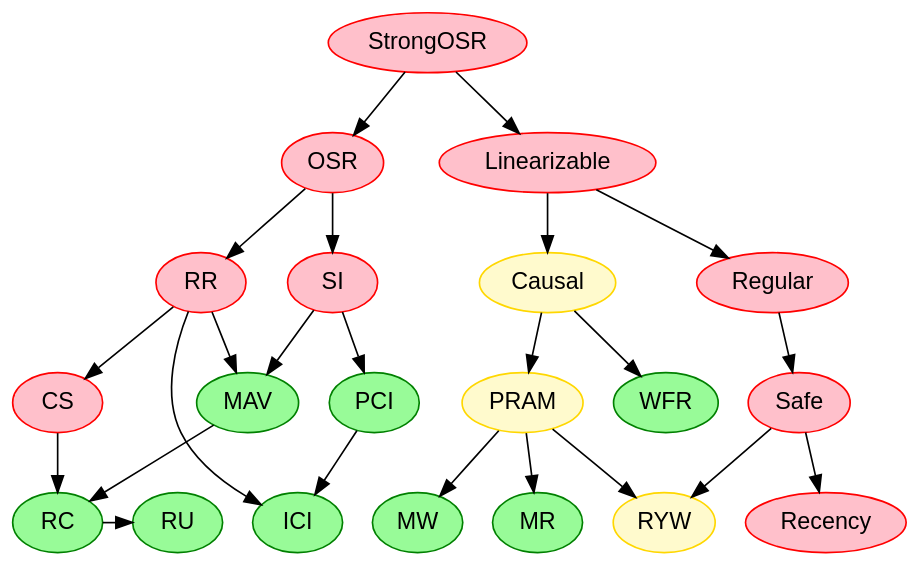
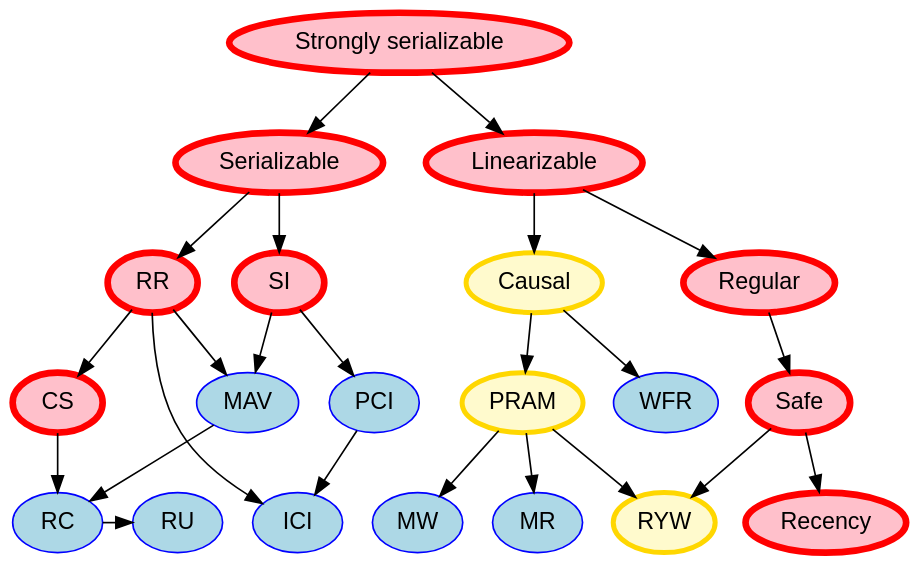
Before and after one commit to lvh/DistributedSystems101: the diagram in media/ConsistencyModels.dot, drawn with Graphviz. The commit also changed 1 other file, not shown here.

Commit message:
Improve labels on models diagram

```diff
--- a/media/ConsistencyModels.dot
+++ b/media/ConsistencyModels.dot
@@ -1,75 +1,78 @@
 // This information was taken from:
 
 // Highly Available Transactions: Virtues and Limitations
 // Peter Bailis, Aaron Davidson, Alan Fekete, Ali Ghodsi, Joseph M. Hellerstein, Ion Stoica
 // http://www.bailis.org/papers/hat-vldb2014.pdf
 
 digraph ConsistencyModels {
 
 bgcolor="transparent";
 node [fontname="Helvetica"];
 
 subgraph Available {
-	node [style=filled,color=green,fillcolor="PaleGreen"];       
+	node [style=filled,color=blue,fillcolor="LightBlue", penwidth=1];       
+
         {
                 rank=same;
                 RU;
                 RC;
         }
         MAV;
         ICI;
         PCI;
         WFR;
         MR;
         MW;
 }
 
 subgraph Sticky {
-	node [style=filled,color="Gold",fillcolor="LemonChiffon"];       
+	node [style=filled,color="Gold",fillcolor="LemonChiffon", penwidth=3];       
+
         RYW;
         PRAM;
         Causal;        
 }
 
 subgraph Unavailable {
-	node [style=filled,color=red,fillcolor="Pink"];       
+	node [style=filled,color=red,fillcolor="Pink", penwidth=4];
+        
         CS;
         RR;
         SI;
-        OSR;
+        OSR [label="Serializable"];
         Recency;
         Safe;
         Regular;
         Linearizable;
-        StrongOSR;
+        StrongOSR [label="Strongly serializable"];
 }
 
 // Unavailable <- Unavailable
 StrongOSR -> Linearizable -> Regular -> Safe -> Recency;
 StrongOSR -> OSR -> RR -> CS;
 OSR -> SI;
 
 // Sticky <-  Unavailable
 Safe -> RYW;
 Linearizable -> Causal;
 
 // Sticky <- Sticky
 Causal -> PRAM -> RYW;
 
 // Available <- Unavailable
 CS -> RC;
 RR -> MAV;
 SI -> MAV;
 SI -> PCI;
 RR -> ICI;
 
 // Available <- Sticky
 Causal -> WFR;
 PRAM -> MR;
 PRAM -> MW;
 
 // Available <- Available
 MAV -> RC -> RU;
 PCI -> ICI;
 
 }
```
